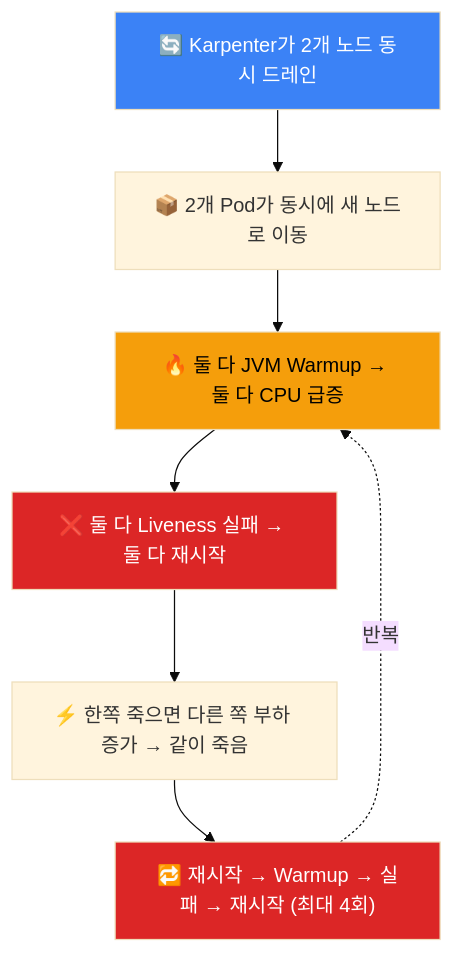
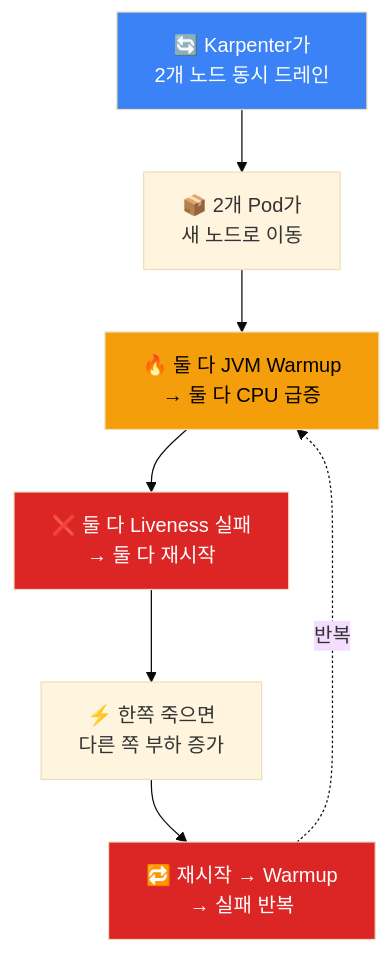
One commit to kimduksoo/duksoo-tech-blog changed the third of 3 diagrams in content/kubernetes/liveness-probe-restart-loop-incident.md. Above: the diagram before and after it, drawn with Mermaid (base theme).

Commit message:
Liveness Probe 장애 글 - mermaid 텍스트 줄바꿈 추가

````diff
--- a/content/kubernetes/liveness-probe-restart-loop-incident.md
+++ b/content/kubernetes/liveness-probe-restart-loop-incident.md
@@ -183,21 +183,21 @@
 ```mermaid
 flowchart TB
-    trigger["🔄 Karpenter가 2개 노드 동시 드레인"]
-    situation["📦 2개 Pod가 동시에 새 노드로 이동"]
-    problem["🔥 둘 다 JVM Warmup → 둘 다 CPU 급증"]
-    worse["❌ 둘 다 Liveness 실패 → 둘 다 재시작"]
-    chain["⚡ 한쪽 죽으면 다른 쪽 부하 증가 → 같이 죽음"]
-    loop["🔁 재시작 → Warmup → 실패 → 재시작 (최대 4회)"]
+    trigger["🔄 Karpenter가<br>2개 노드 동시 드레인"]
+    situation["📦 2개 Pod가<br>새 노드로 이동"]
+    problem["🔥 둘 다 JVM Warmup<br>→ 둘 다 CPU 급증"]
+    worse["❌ 둘 다 Liveness 실패<br>→ 둘 다 재시작"]
+    chain["⚡ 한쪽 죽으면<br>다른 쪽 부하 증가"]
+    loop["🔁 재시작 → Warmup<br>→ 실패 반복"]
 
     trigger --> situation
     situation --> problem
     problem --> worse
     worse --> chain
     chain --> loop
     loop -.->|반복| problem
 
     style trigger fill:#3b82f6,color:#fff
     style problem fill:#f59e0b,color:#000
     style worse fill:#dc2626,color:#fff
     style loop fill:#dc2626,color:#fff
 ```
````
